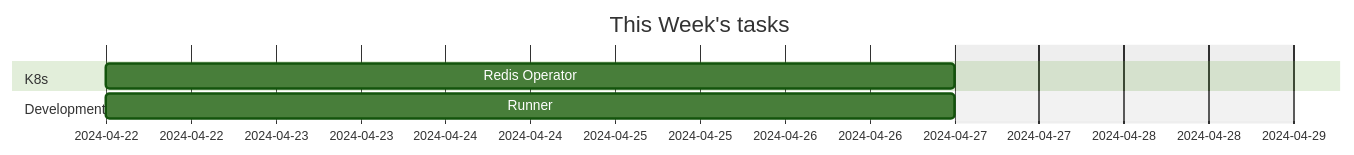
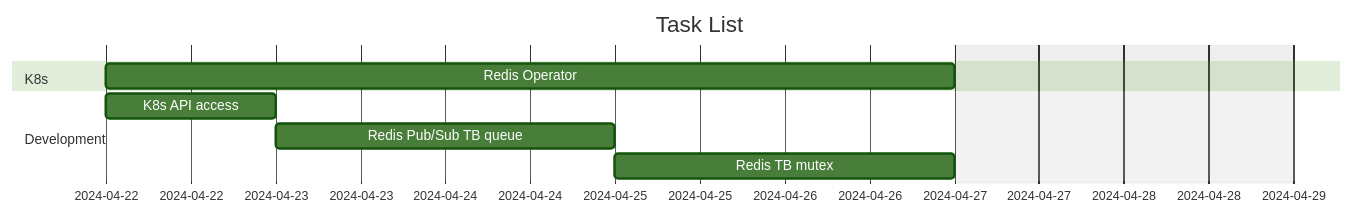
The second of 3 diagrams in 2024/week18.md (brentgroves/status), drawn with Mermaid (forest theme) before and after one commit. The commit also changed other lines of this file, not shown here.

Commit message:
updated source code

````diff
--- a/2024/week18.md
+++ b/2024/week18.md
@@ -37,13 +37,15 @@
 ```mermaid
 gantt
     dateFormat  YYYY-MM-DD
-    title       This Week's tasks
+    title       Task List
     excludes    weekends
     %% (`excludes` accepts specific dates in YYYY-MM-DD format, days of the week ("sunday") or "weekends", but not the word "weekdays".)
 
     section K8s
     Redis Operator                                :d1,2024-04-22,5d
     section Development
-    Runner                                        :d1,2024-04-22,5d
+    K8s API access                                :d1,2024-04-22,1d
+    Redis Pub/Sub TB queue                        :d2,after d1,2d
+    Redis TB mutex                                :d3,after d2,2d
 
 ```
````
